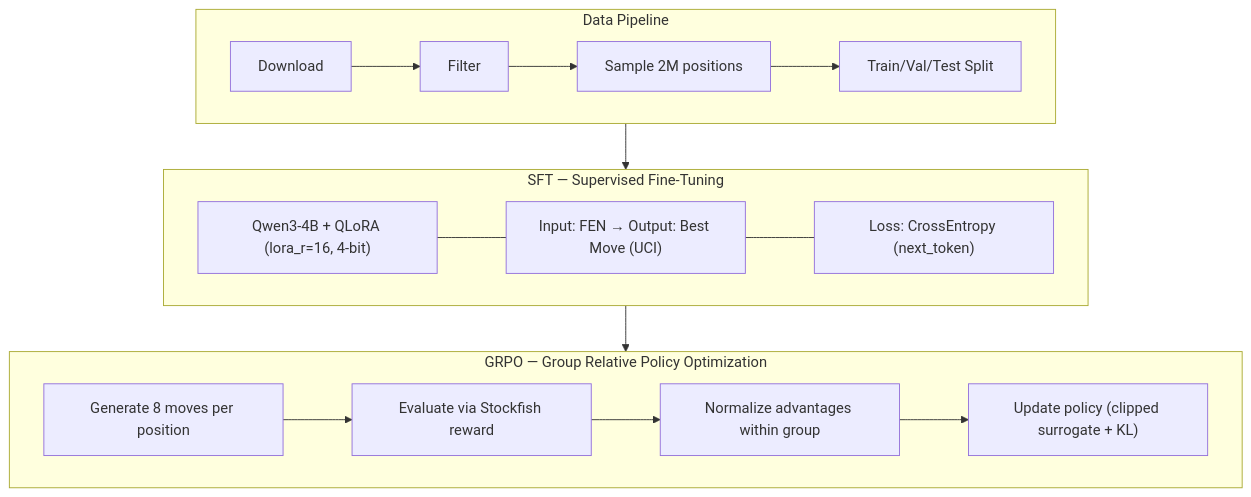
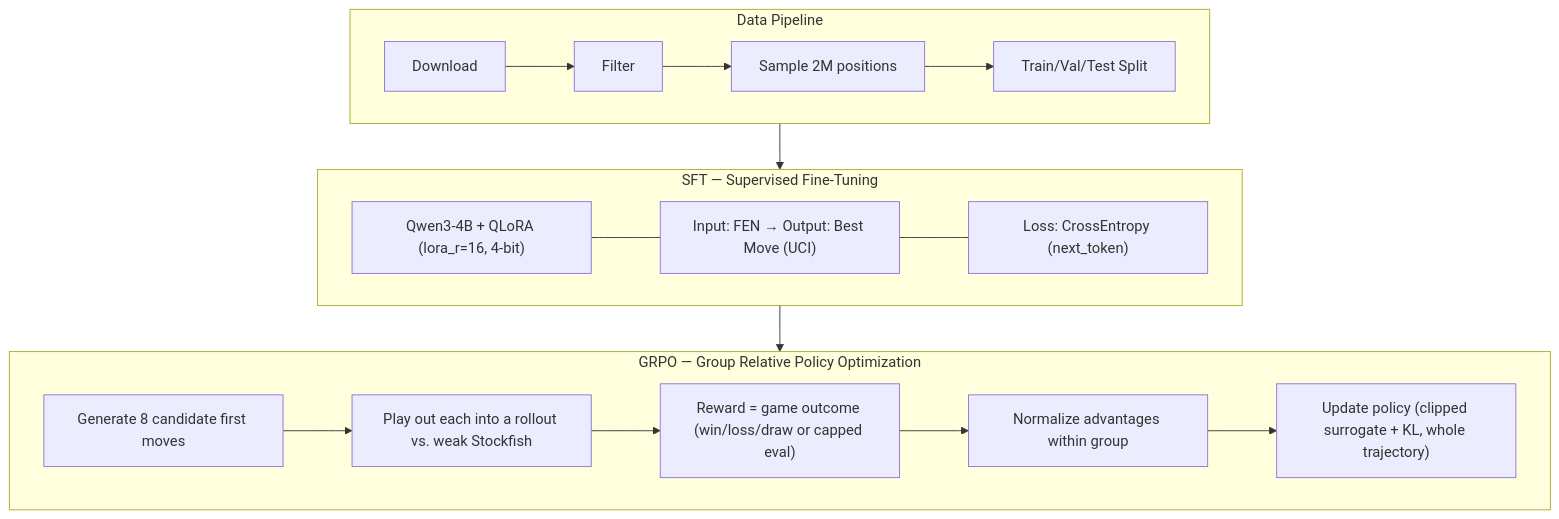
Before and after one commit to pmlg/learning-to-replicate-expert-judgement: the second of 2 diagrams in README.md, drawn with Mermaid. The commit also changed other lines of this file and 12 other files, not shown here.

Commit message:
changed reward to promote wining the game

````diff
--- a/README.md
+++ b/README.md
@@ -57,23 +57,24 @@
 ```mermaid
 flowchart TD
     subgraph Data["Data Pipeline"]
         D1[Download] --> D2[Filter] --> D3["Sample 2M positions"] --> D4["Train/Val/Test Split"]
     end
 
     subgraph SFT["SFT — Supervised Fine-Tuning"]
         S1["Qwen3-4B + QLoRA (lora_r=16, 4-bit)"]
         S2["Input: FEN → Output: Best Move (UCI)"]
         S3["Loss: CrossEntropy (next_token)"]
         S1 --- S2 --- S3
     end
 
     subgraph GRPO["GRPO — Group Relative Policy Optimization"]
-        G1["Generate 8 moves per position"]
-        G2["Evaluate via Stockfish reward"]
-        G3["Normalize advantages within group"]
-        G4["Update policy (clipped surrogate + KL)"]
-        G1 --> G2 --> G3 --> G4
+        G1["Generate 8 candidate first moves"]
+        G2["Play out each into a rollout vs. weak Stockfish"]
+        G3["Reward = game outcome (win/loss/draw or capped eval)"]
+        G4["Normalize advantages within group"]
+        G5["Update policy (clipped surrogate + KL, whole trajectory)"]
+        G1 --> G2 --> G3 --> G4 --> G5
     end
 
     Data --> SFT --> GRPO
 ```
````
